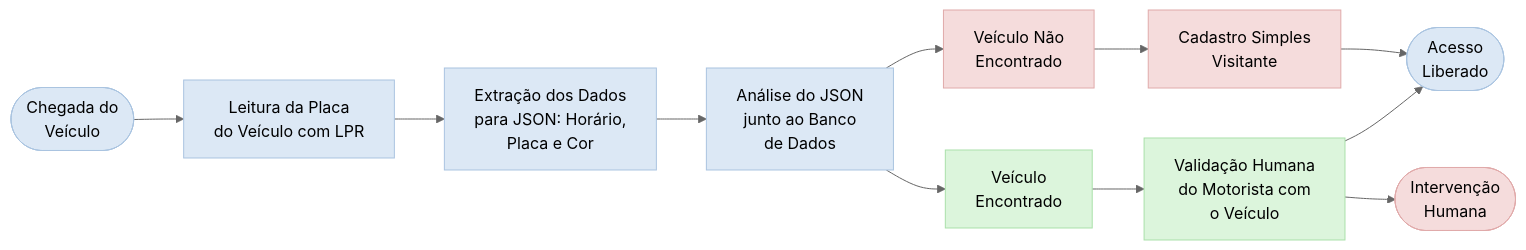
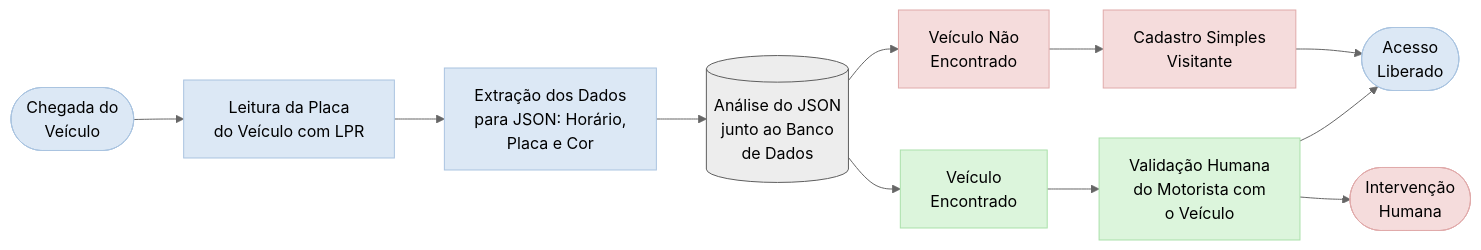
Before and after one commit to alberthydev/carcara-sentinela: the second of 3 diagrams in README.md, drawn with Mermaid (neutral theme).

Commit message:
Modify flowchart styles and analysis node
Updated the flowchart styles and analysis node in the README.

````diff
--- a/README.md
+++ b/README.md
@@ -82,27 +82,27 @@
 ```mermaid
 flowchart LR
     A([Chegada do\nVeículo]) --> B[Leitura da Placa\ndo Veículo com LPR]
     B --> C[Extração dos Dados\npara JSON: Horário,\nPlaca e Cor]
-    C --> D[Análise do JSON\njunto ao Banco\nde Dados]
+    C --> D[(Análise do JSON\njunto ao Banco\nde Dados)]
  
     D --> E[Veículo Não\nEncontrado]
     D --> F[Veículo\nEncontrado]
  
     E --> G[Cadastro Simples\nVisitante]
     G --> H([Acesso\nLiberado])
  
     F --> I[Validação Humana\ndo Motorista com\no Veículo]
     I --> H
     I --> J([Intervenção\nHumana])
  
     style A fill:#dce8f5,stroke:#aac4e0
     style B fill:#dce8f5,stroke:#aac4e0
     style C fill:#dce8f5,stroke:#aac4e0
-    style D fill:#dce8f5,stroke:#aac4e0
+    style D fill:#EDEDED,stroke:#5E5E5E
     style E fill:#f5dcdc,stroke:#e0aaaa
     style G fill:#f5dcdc,stroke:#e0aaaa
     style J fill:#f5dcdc,stroke:#e0aaaa
     style F fill:#dcf5dc,stroke:#aae0aa
     style I fill:#dcf5dc,stroke:#aae0aa
     style H fill:#dce8f5,stroke:#aac4e0
 ```
````
